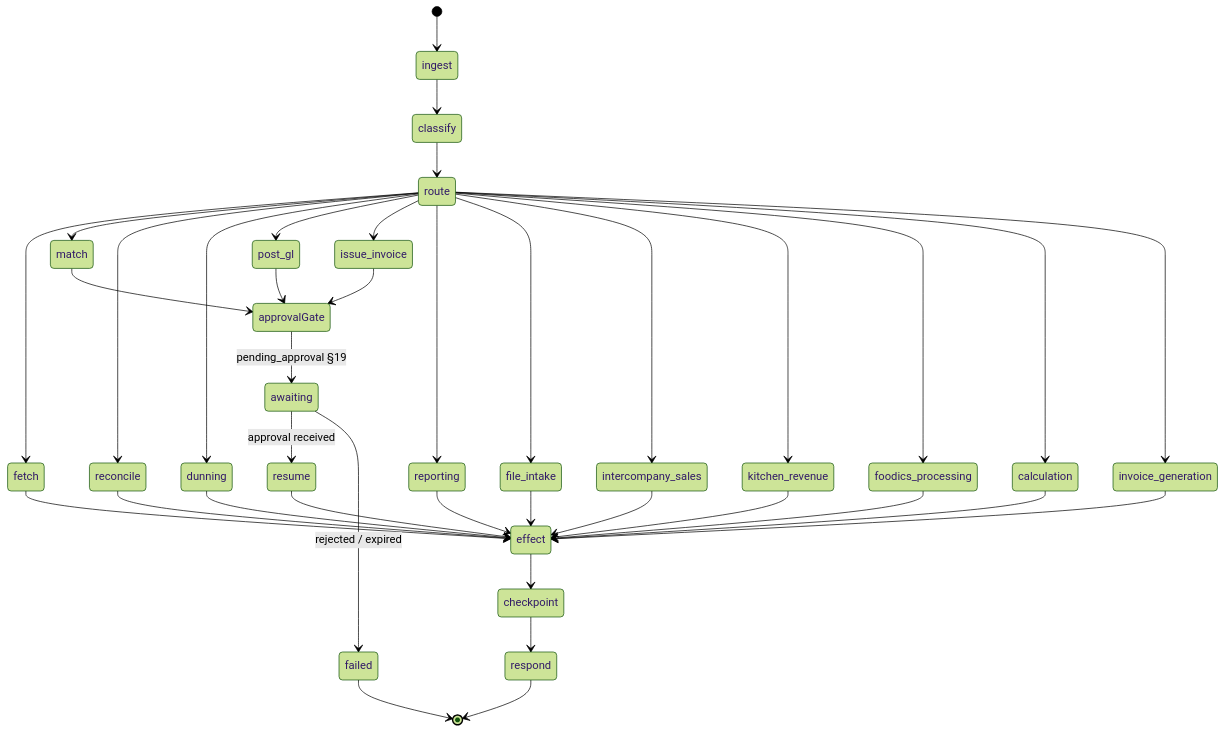
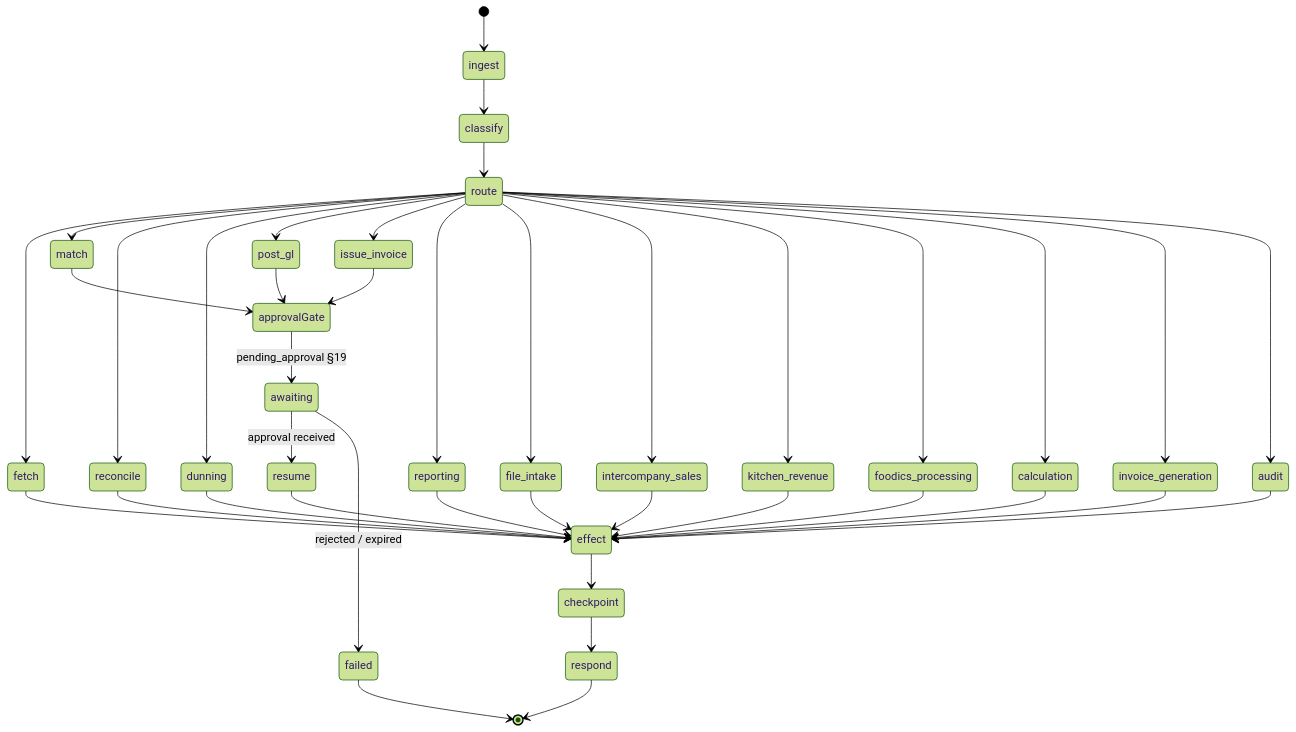
The third of 10 diagrams in docs/cosmic-ar-architecture.md (ugenkudupudiqbnox/ai-platform), drawn with Mermaid (forest theme) before and after one commit. The commit also changed other lines of this file and 21 other files, not shown here.

````diff
--- a/docs/cosmic-ar-architecture.md
+++ b/docs/cosmic-ar-architecture.md
@@ -266,40 +285,42 @@
 ```mermaid
 stateDiagram-v2
   [*] --> ingest
   ingest --> classify
   classify --> route
   route --> fetch
   route --> match
   route --> reconcile
   route --> dunning
   route --> post_gl
   route --> issue_invoice
   route --> reporting
   route --> file_intake
   route --> intercompany_sales
   route --> kitchen_revenue
   route --> foodics_processing
   route --> calculation
   route --> invoice_generation
+  route --> audit
   match --> approvalGate
   post_gl --> approvalGate
   issue_invoice --> approvalGate
   approvalGate --> awaiting: pending_approval §19
   awaiting --> resume: approval received
   resume --> effect
   fetch --> effect
   file_intake --> effect
   intercompany_sales --> effect
   kitchen_revenue --> effect
   foodics_processing --> effect
   calculation --> effect
   invoice_generation --> effect
+  audit --> effect
   reconcile --> effect
   dunning --> effect
   reporting --> effect
   effect --> checkpoint
   checkpoint --> respond
   respond --> [*]
   awaiting --> failed: rejected / expired
   failed --> [*]
 ```
````
